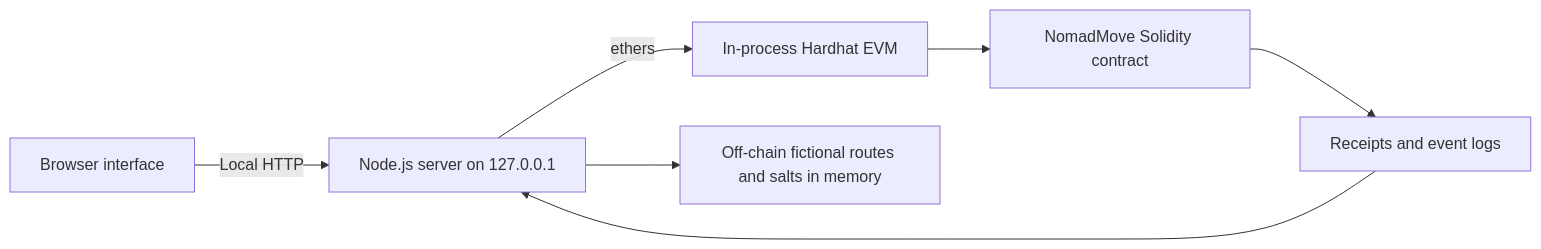
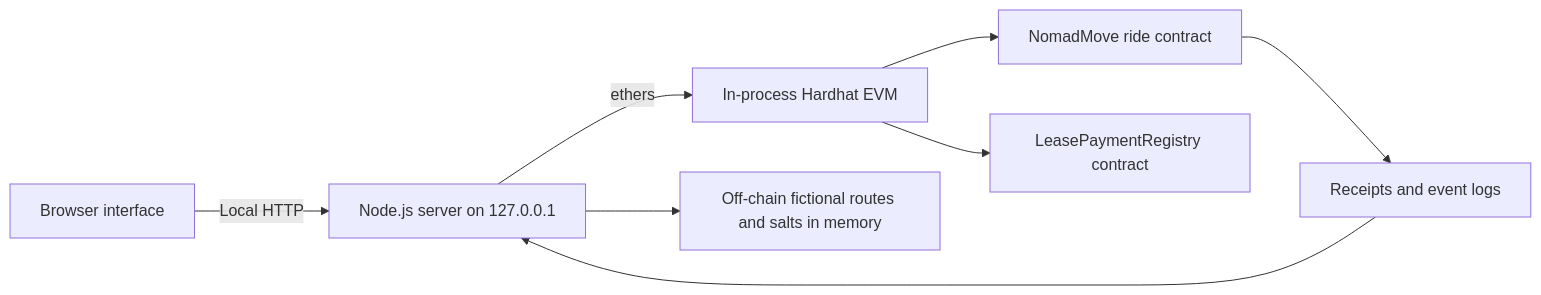
One commit to mirasItshnik/NomadMove-Final-Investment-Proposal changed the diagram in README.md. Above: the diagram before and after it, drawn with Mermaid. The commit also changed other lines of this file and 12 other files, not shown here.

Commit message:
Integrate tested lease payment contract into prototype

````diff
--- a/README.md
+++ b/README.md
@@ -50,9 +53,10 @@
 ```mermaid
 flowchart LR
     UI[Browser interface] -->|Local HTTP| API[Node.js server on 127.0.0.1]
     API -->|ethers| EVM[In-process Hardhat EVM]
-    EVM --> SC[NomadMove Solidity contract]
+    EVM --> SC[NomadMove ride contract]
+    EVM --> LEASE[LeasePaymentRegistry contract]
     API --> RAM[Off-chain fictional routes and salts in memory]
     SC --> LOGS[Receipts and event logs]
     LOGS --> API
 ```
````
